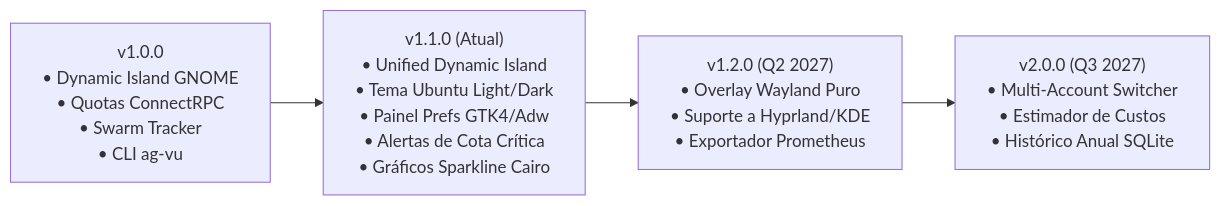
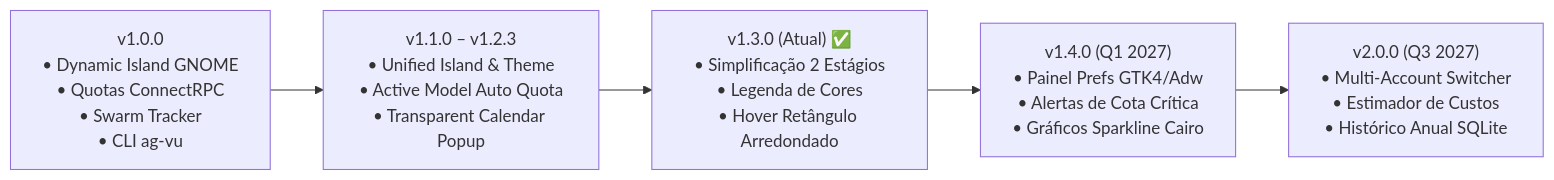
The diagram in ROADMAP.md (brendofreitas-dev/antigravity-vu-linux), drawn with Mermaid before and after one commit. The commit also changed other lines of this file and 3 other files, not shown here.

Commit message:
docs: document v1.3.0 UX refinement, two-stage island, color legend and rounded rectangle hover

````diff
--- a/ROADMAP.md
+++ b/ROADMAP.md
@@ -9,9 +9,10 @@
 ```mermaid
 flowchart LR
     v10["v1.0.0<br/>• Dynamic Island GNOME<br/>• Quotas ConnectRPC<br/>• Swarm Tracker<br/>• CLI ag-vu"]
-    v11["v1.1.0 (Atual)<br/>• Unified Dynamic Island<br/>• Tema Ubuntu Light/Dark<br/>• Painel Prefs GTK4/Adw<br/>• Alertas de Cota Crítica<br/>• Gráficos Sparkline Cairo"]
-    v12["v1.2.0 (Q2 2027)<br/>• Overlay Wayland Puro<br/>• Suporte a Hyprland/KDE<br/>• Exportador Prometheus"]
+    v11["v1.1.0 – v1.2.3<br/>• Unified Island & Theme<br/>• Active Model Auto Quota<br/>• Transparent Calendar Popup"]
+    v13["v1.3.0 (Atual) ✅<br/>• Simplificação 2 Estágios<br/>• Legenda de Cores<br/>• Hover Retângulo Arredondado"]
+    v14["v1.4.0 (Q1 2027)<br/>• Painel Prefs GTK4/Adw<br/>• Alertas de Cota Crítica<br/>• Gráficos Sparkline Cairo"]
     v20["v2.0.0 (Q3 2027)<br/>• Multi-Account Switcher<br/>• Estimador de Custos<br/>• Histórico Anual SQLite"]
 
-    v10 --> v11 --> v12 --> v20
+    v10 --> v11 --> v13 --> v14 --> v20
 ```
````
